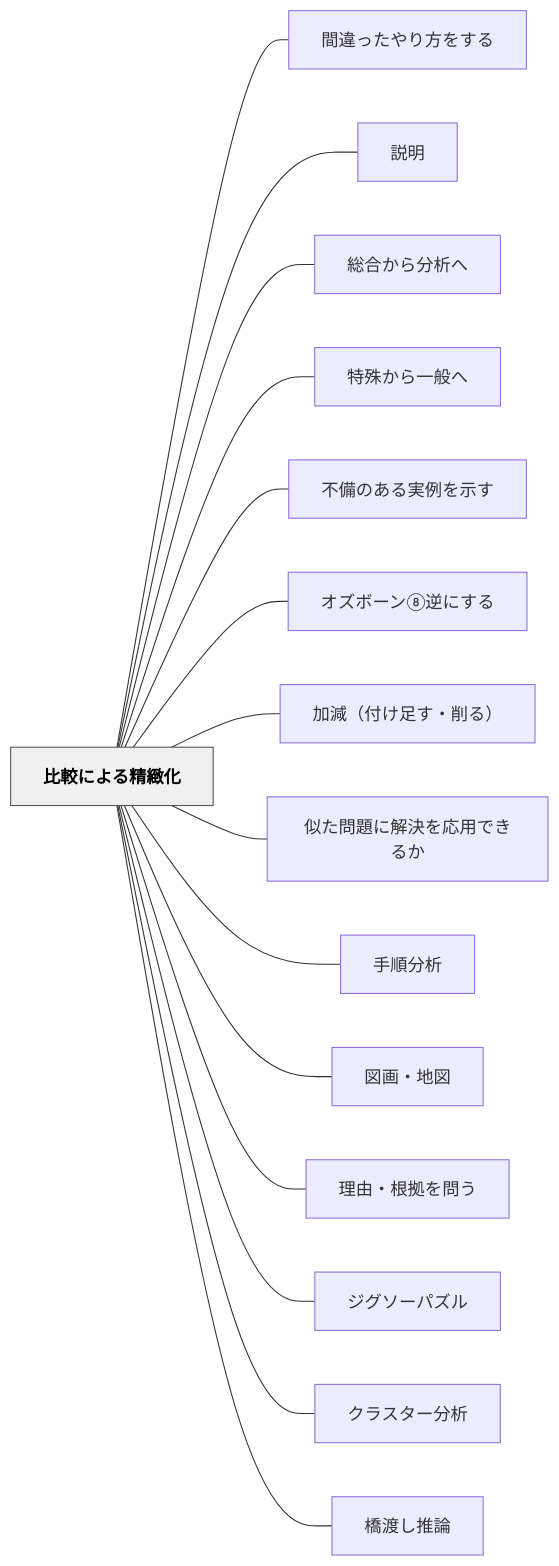
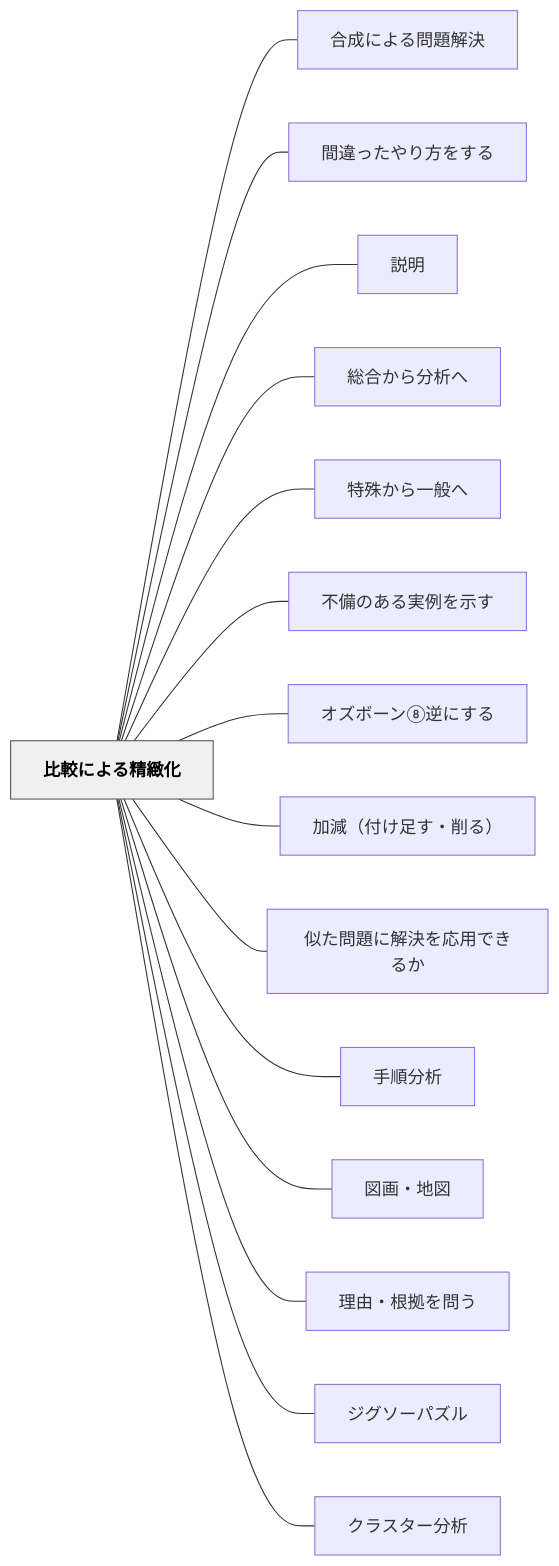
One commit to unknownthings-ed-patterns/unknownthings-ed-patterns changed the diagram in content/パタン/比較による精緻化.md. Above: the diagram before and after it, drawn with Mermaid. The commit also changed other lines of this file and 15 other files, not shown here.

````diff
--- a/content/パタン/比較による精緻化.md
+++ b/content/パタン/比較による精緻化.md
@@ -51,36 +68,36 @@
 ```mermaid
 flowchart LR
     ne6af94e8bc83e381abe38288e3828be7b2bee7b7bbe58c96["比較による精緻化"]
+    ne59088e68890e381abe38288e3828be5958fe9a18ce8a7a3e6b1ba["合成による問題解決"]
     ne99693e98195e381a3e3819fe38284e3828ae696b9e38292e38199e3828b["間違ったやり方をする"]
     ne8aaace6988e["説明"]
     ne7b78fe59088e3818be38289e58886e69e90e381b8["総合から分析へ"]
     ne789b9e6ae8ae3818be38289e4b880e888ace381b8["特殊から一般へ"]
     ne4b88de58299e381aee38182e3828be5ae9fe4be8be38292e7a4bae38199["不備のある実例を示す"]
     ne382aae382bae3839ce383bce383b3e291a7e98086e381abe38199e3828b["オズボーン⑧逆にする"]
     ne58aa0e6b89befbc88e4bb98e38191e8b6b3e38199e383bbe5898ae3828befbc89["加減（付け足す・削る）"]
     ne4bcbce3819fe5958fe9a18ce381abe8a7a3e6b1bae38292e5bf9ce794a8e381a7e3818de3828be3818b["似た問題に解決を応用できるか"]
     ne6898be9a086e58886e69e90["手順分析"]
     ne59bb3e794bbe383bbe59cb0e59bb3["図画・地図"]
     ne79086e794b1e383bbe6a0b9e68ba0e38292e5958fe38186["理由・根拠を問う"]
     ne382b8e382b0e382bde383bce38391e382bae383ab["ジグソーパズル"]
     ne382afe383a9e382b9e382bfe383bce58886e69e90["クラスター分析"]
-    ne6a98be6b8a1e38197e68ea8e8ab96["橋渡し推論"]
 
+    ne6af94e8bc83e381abe38288e3828be7b2bee7b7bbe58c96 --- ne59088e68890e381abe38288e3828be5958fe9a18ce8a7a3e6b1ba
     ne6af94e8bc83e381abe38288e3828be7b2bee7b7bbe58c96 --- ne99693e98195e381a3e3819fe38284e3828ae696b9e38292e38199e3828b
     ne6af94e8bc83e381abe38288e3828be7b2bee7b7bbe58c96 --- ne8aaace6988e
     ne6af94e8bc83e381abe38288e3828be7b2bee7b7bbe58c96 --- ne7b78fe59088e3818be38289e58886e69e90e381b8
     ne6af94e8bc83e381abe38288e3828be7b2bee7b7bbe58c96 --- ne789b9e6ae8ae3818be38289e4b880e888ace381b8
     ne6af94e8bc83e381abe38288e3828be7b2bee7b7bbe58c96 --- ne4b88de58299e381aee38182e3828be5ae9fe4be8be38292e7a4bae38199
     ne6af94e8bc83e381abe38288e3828be7b2bee7b7bbe58c96 --- ne382aae382bae3839ce383bce383b3e291a7e98086e381abe38199e3828b
     ne6af94e8bc83e381abe38288e3828be7b2bee7b7bbe58c96 --- ne58aa0e6b89befbc88e4bb98e38191e8b6b3e38199e383bbe5898ae3828befbc89
     ne6af94e8bc83e381abe38288e3828be7b2bee7b7bbe58c96 --- ne4bcbce3819fe5958fe9a18ce381abe8a7a3e6b1bae38292e5bf9ce794a8e381a7e3818de3828be3818b
     ne6af94e8bc83e381abe38288e3828be7b2bee7b7bbe58c96 --- ne6898be9a086e58886e69e90
     ne6af94e8bc83e381abe38288e3828be7b2bee7b7bbe58c96 --- ne59bb3e794bbe383bbe59cb0e59bb3
     ne6af94e8bc83e381abe38288e3828be7b2bee7b7bbe58c96 --- ne79086e794b1e383bbe6a0b9e68ba0e38292e5958fe38186
     ne6af94e8bc83e381abe38288e3828be7b2bee7b7bbe58c96 --- ne382b8e382b0e382bde383bce38391e382bae383ab
     ne6af94e8bc83e381abe38288e3828be7b2bee7b7bbe58c96 --- ne382afe383a9e382b9e382bfe383bce58886e69e90
-    ne6af94e8bc83e381abe38288e3828be7b2bee7b7bbe58c96 --- ne6a98be6b8a1e38197e68ea8e8ab96
 
     classDef hub fill:#f0f0f0,stroke:#555,color:#000,font-weight:bold
     class ne6af94e8bc83e381abe38288e3828be7b2bee7b7bbe58c96 hub
 ```
````
